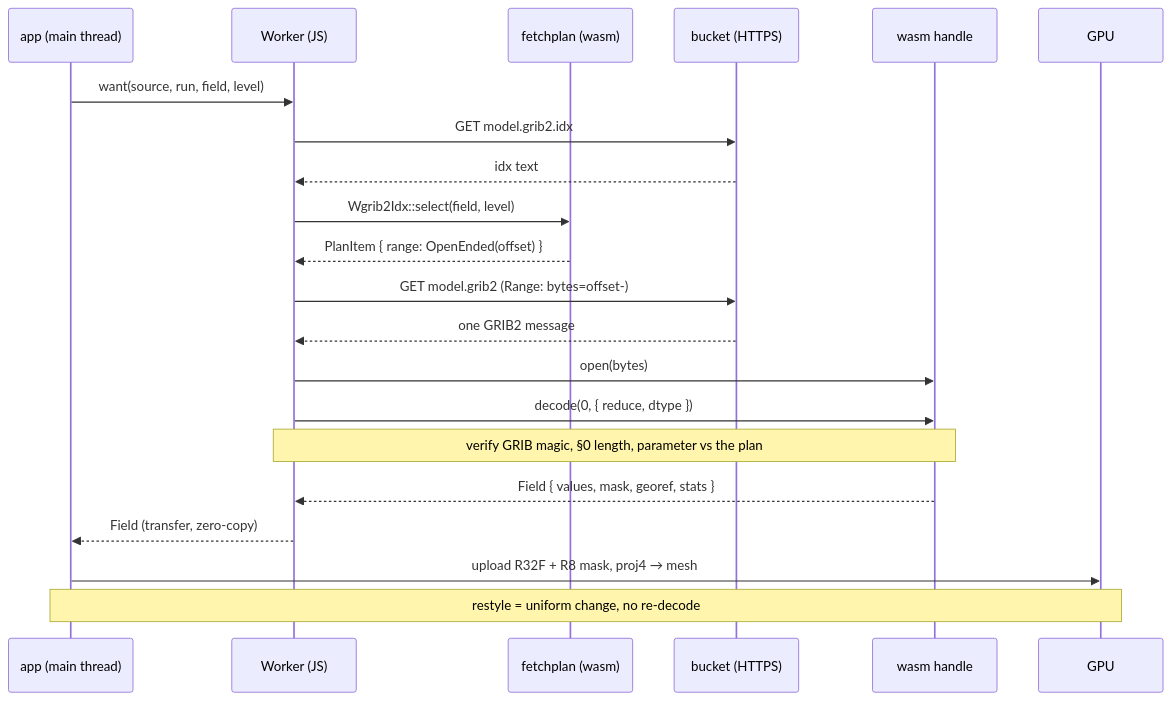
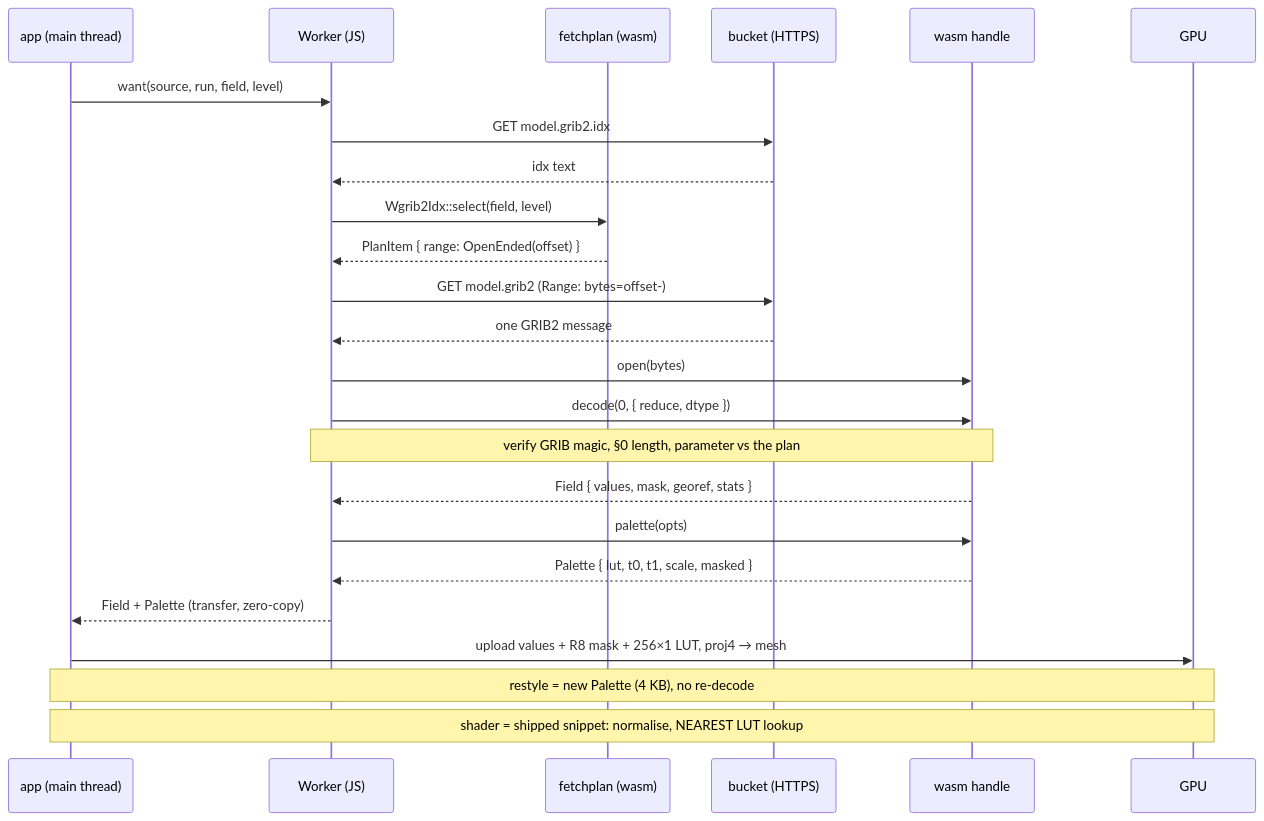
One commit to D0ubleD0uble/fieldglass changed the second of 2 diagrams in docs/architecture/planned/04-hosts.md. Above: the diagram before and after it, drawn with Mermaid. The commit also changed other lines of this file and 3 other files, not shown here.

First line of the commit message:
docs: colour is decided once — Palette in ADR-0006 and the planned graphs

````diff
--- a/docs/architecture/planned/04-hosts.md
+++ b/docs/architecture/planned/04-hosts.md
@@ -37,24 +37,27 @@
 ```mermaid
 sequenceDiagram
     participant A as app (main thread)
     participant W as Worker (JS)
     participant P as fetchplan (wasm)
     participant B as bucket (HTTPS)
     participant H as wasm handle
     participant G as GPU
 
     A->>W: want(source, run, field, level)
     W->>B: GET model.grib2.idx
     B-->>W: idx text
     W->>P: Wgrib2Idx::select(field, level)
     P-->>W: PlanItem { range: OpenEnded(offset) }
     W->>B: GET model.grib2 (Range: bytes=offset-)
     B-->>W: one GRIB2 message
     W->>H: open(bytes)
     W->>H: decode(0, { reduce, dtype })
     Note over W,H: verify GRIB magic, §0 length, parameter vs the plan
     H-->>W: Field { values, mask, georef, stats }
-    W-->>A: Field (transfer, zero-copy)
-    A->>G: upload R32F + R8 mask, proj4 → mesh
-    Note over A,G: restyle = uniform change, no re-decode
+    W->>H: palette(opts)
+    H-->>W: Palette { lut, t0, t1, scale, masked }
+    W-->>A: Field + Palette (transfer, zero-copy)
+    A->>G: upload values + R8 mask + 256×1 LUT, proj4 → mesh
+    Note over A,G: restyle = new Palette (4 KB), no re-decode
+    Note over A,G: shader = shipped snippet: normalise, NEAREST LUT lookup
 ```
````
